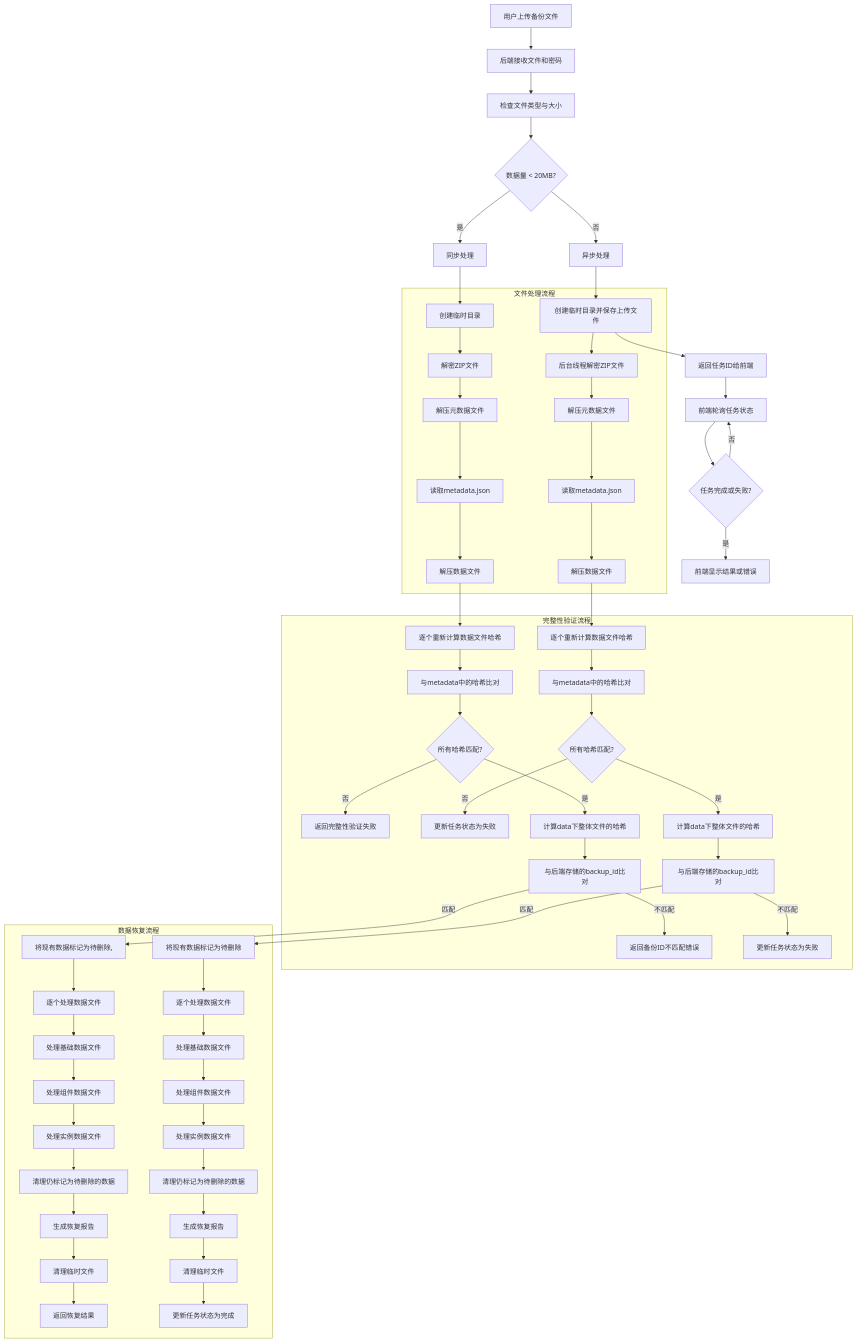
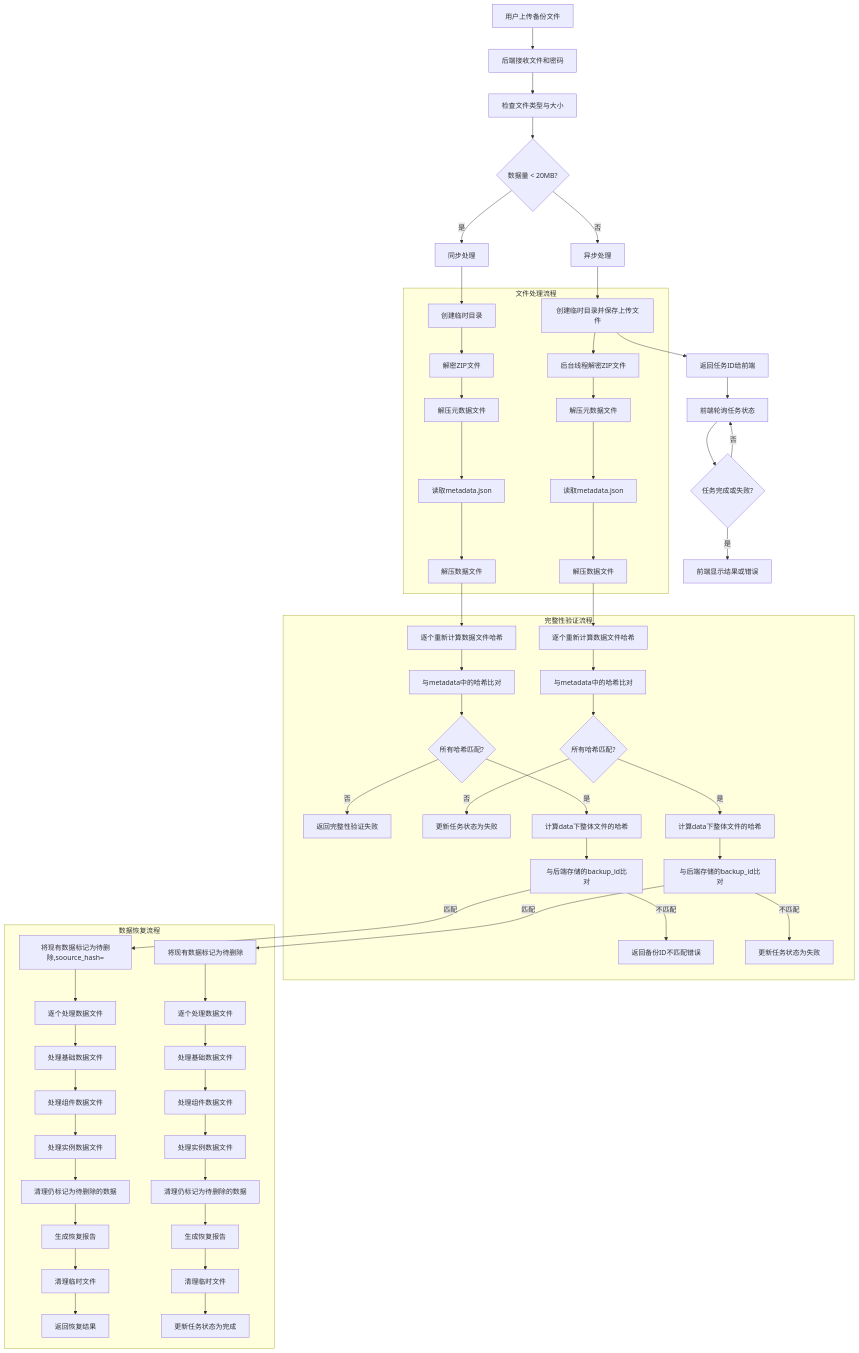
Before and after one commit to yingjianzh/iodraw-files: the diagram in all/未命名-63.md, drawn with Mermaid.

Commit message:
2025-05-19 14:46:04 update

```diff
--- a/all/未命名-63.md
+++ b/all/未命名-63.md
@@ -51,7 +51,7 @@
     end
     
     subgraph 数据恢复流程
-        Q1 -->|匹配| S1[将现有数据标记为待删除,]
+        Q1 -->|匹配| S1[将现有数据标记为待删除,soource_hash=]
         Q2 -->|匹配| S2[将现有数据标记为待删除]
         
         S1 --> T1[逐个处理数据文件]
```
